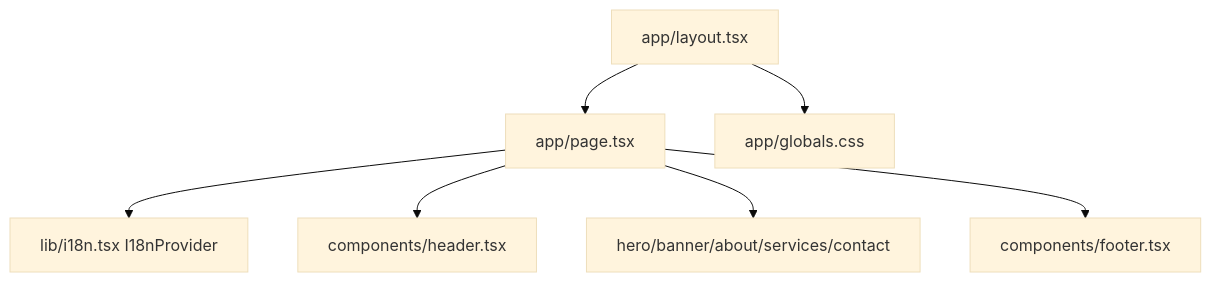
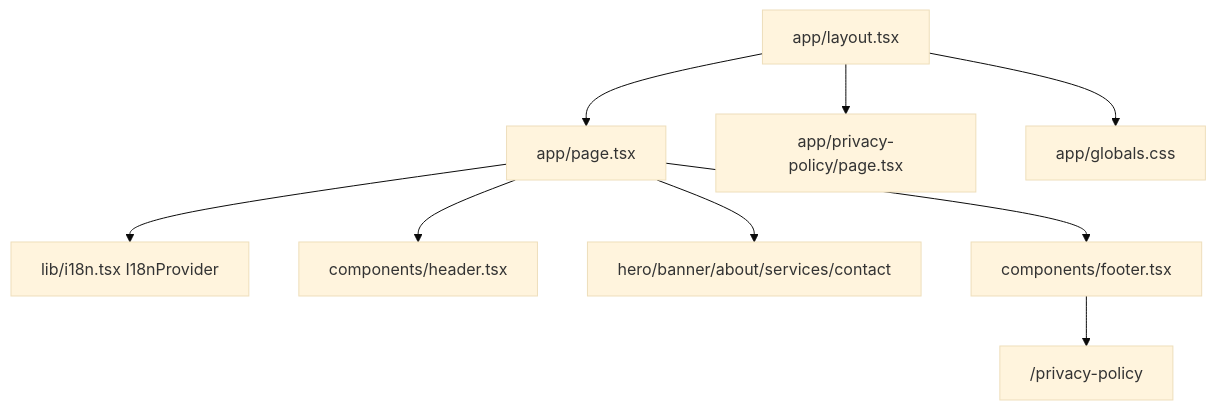
One commit to ipavic933-spec/website-pavic changed the diagram in lode/summary.md. Above: the diagram before and after it, drawn with Mermaid (base theme). The commit also changed other lines of this file and 12 other files, not shown here.

````diff
--- a/lode/summary.md
+++ b/lode/summary.md
@@ -11,9 +11,11 @@
 ```mermaid
 graph TD
   Layout["app/layout.tsx"] --> Page["app/page.tsx"]
+  Layout --> PrivacyPage["app/privacy-policy/page.tsx"]
   Page --> I18N["lib/i18n.tsx I18nProvider"]
   Page --> Header["components/header.tsx"]
   Page --> Sections["hero/banner/about/services/contact"]
   Page --> Footer["components/footer.tsx"]
+  Footer --> PrivacyLink["/privacy-policy"]
   Layout --> Globals["app/globals.css"]
 ```
````
